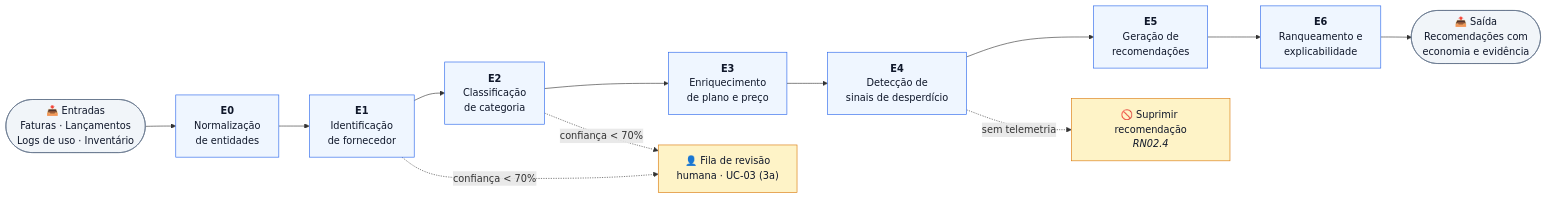
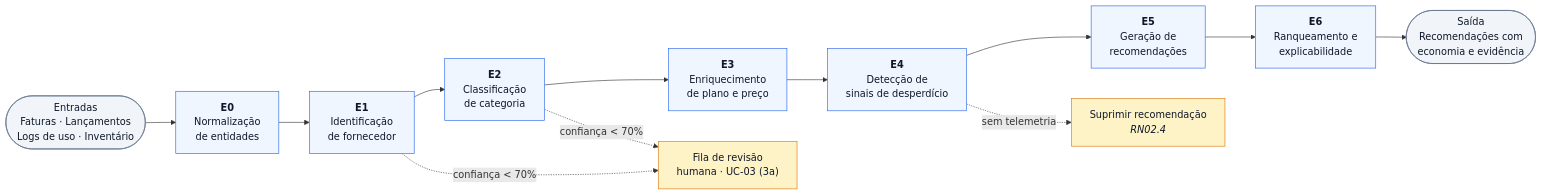
Before and after one commit to ES-2026-2/PS: the first of 5 diagrams in semana-04/entregavel-01-fluxogramas-motor-ia-algoritmo-consolidacao.md, drawn with Mermaid. The commit also changed other lines of this file and 24 other files, not shown here.

````diff
--- a/semana-04/entregavel-01-fluxogramas-motor-ia-algoritmo-consolidacao.md
+++ b/semana-04/entregavel-01-fluxogramas-motor-ia-algoritmo-consolidacao.md
@@ -35,24 +35,24 @@
 ```mermaid
 flowchart LR
-    IN(["📥 Entradas<br/>Faturas · Lançamentos<br/>Logs de uso · Inventário"])
+    IN(["Entradas<br/>Faturas · Lançamentos<br/>Logs de uso · Inventário"])
 
     IN --> E0["<b>E0</b><br/>Normalização<br/>de entidades"]
     E0 --> E1["<b>E1</b><br/>Identificação<br/>de fornecedor"]
     E1 --> E2["<b>E2</b><br/>Classificação<br/>de categoria"]
     E2 --> E3["<b>E3</b><br/>Enriquecimento<br/>de plano e preço"]
     E3 --> E4["<b>E4</b><br/>Detecção de<br/>sinais de desperdício"]
     E4 --> E5["<b>E5</b><br/>Geração de<br/>recomendações"]
     E5 --> E6["<b>E6</b><br/>Ranqueamento e<br/>explicabilidade"]
-    E6 --> OUT(["📤 Saída<br/>Recomendações com<br/>economia e evidência"])
+    E6 --> OUT(["Saída<br/>Recomendações com<br/>economia e evidência"])
 
-    E1 -.->|"confiança < 70%"| REV["👤 Fila de revisão<br/>humana · UC-03 (3a)"]
+    E1 -.->|"confiança < 70%"| REV["Fila de revisão<br/>humana · UC-03 (3a)"]
     E2 -.->|"confiança < 70%"| REV
-    E4 -.->|"sem telemetria"| SUP["🚫 Suprimir recomendação<br/><i>RN02.4</i>"]
+    E4 -.->|"sem telemetria"| SUP["Suprimir recomendação<br/><i>RN02.4</i>"]
 
     classDef estagio fill:#EFF6FF,stroke:#2563EB,color:#0F172A
     classDef io fill:#F1F5F9,stroke:#64748B,color:#0F172A
     classDef guard fill:#FEF3C7,stroke:#D97706,color:#0F172A
     class E0,E1,E2,E3,E4,E5,E6 estagio
     class IN,OUT io
     class REV,SUP guard
 ```
````
